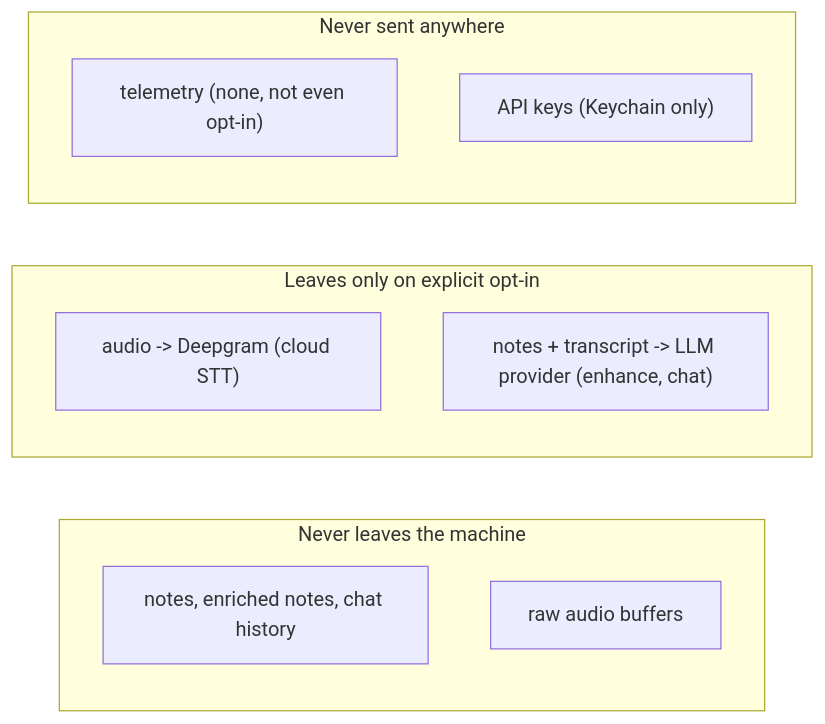
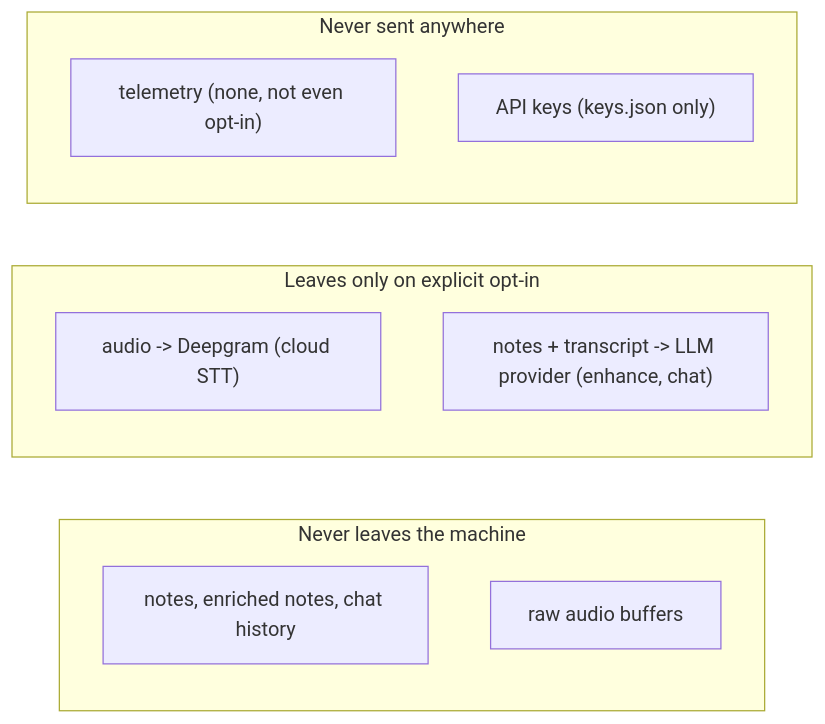
The tenth of 11 diagrams in docs/ARCHITECTURE.md (jarvisrchen/yogurt), drawn with Mermaid before and after one commit. The commit also changed other lines of this file and 43 other files, not shown here.

First line of the commit message:
feat(keys): replace macOS Keychain with ~/.yogurt/keys.json file store

````diff
--- a/docs/ARCHITECTURE.md
+++ b/docs/ARCHITECTURE.md
@@ -574,15 +571,15 @@
 ```mermaid
 graph LR
     subgraph Local["Never leaves the machine"]
         NOTES2["notes, enriched notes, chat history"]
         AUDIOB["raw audio buffers"]
     end
     subgraph Opt["Leaves only on explicit opt-in"]
         AU["audio -> Deepgram (cloud STT)"]
         TR["notes + transcript -> LLM provider (enhance, chat)"]
     end
     subgraph Never["Never sent anywhere"]
         TEL["telemetry (none, not even opt-in)"]
-        KEYS["API keys (Keychain only)"]
+        KEYS["API keys (keys.json only)"]
     end
 ```
````
